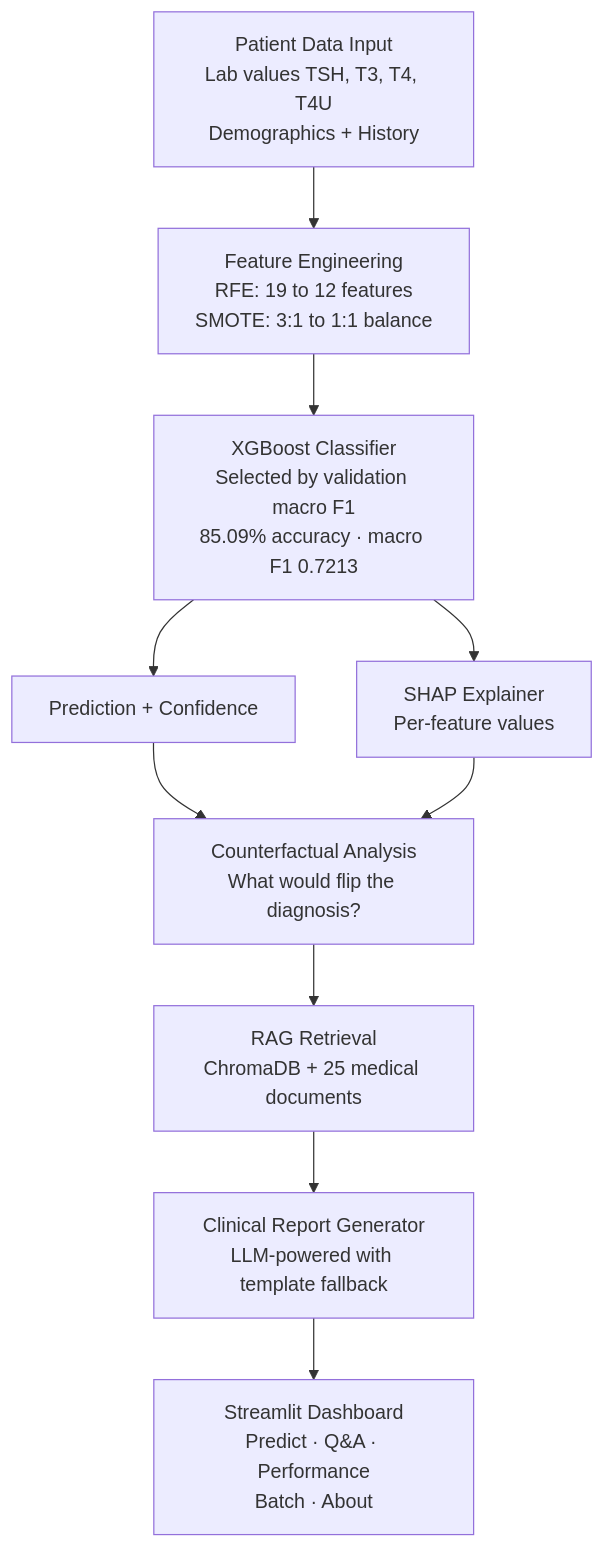
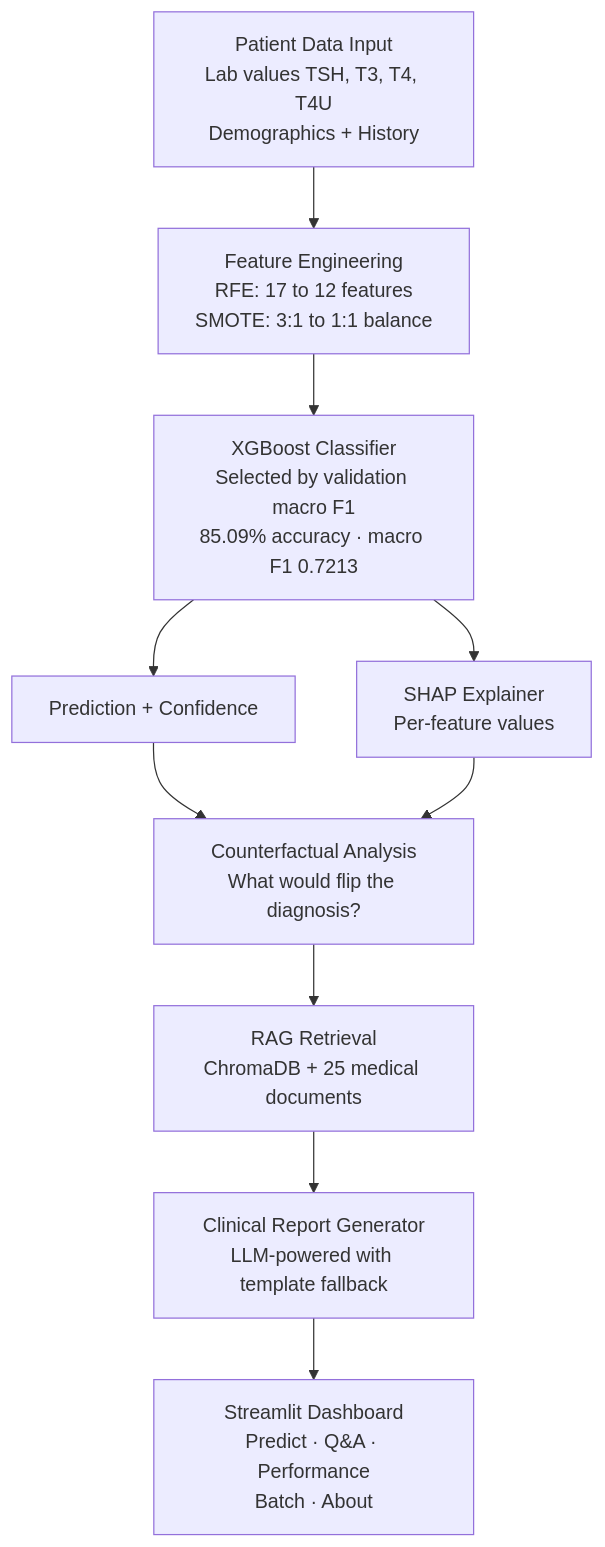
The diagram in docs/MODEL_DETAILS.md (prasad0411/thyroid-disease-classification), drawn with Mermaid before and after one commit. The commit also changed other lines of this file and 5 other files, not shown here.

Commit message:
Docs: current tests, GraphQL in the architecture, exact publication, model card matches the deployed XGBoost model; MIT licence

````diff
--- a/docs/MODEL_DETAILS.md
+++ b/docs/MODEL_DETAILS.md
@@ -16,24 +19,24 @@
 ```mermaid
 flowchart TD
     A["Patient Data Input
 Lab values TSH, T3, T4, T4U
 Demographics + History"] --> B["Feature Engineering
-RFE: 19 to 12 features
+RFE: 17 to 12 features
 SMOTE: 3:1 to 1:1 balance"]
     B --> C["XGBoost Classifier
 Selected by validation macro F1
 85.09% accuracy · macro F1 0.7213"]
     C --> D["Prediction + Confidence"]
     C --> E["SHAP Explainer
 Per-feature values"]
     D --> F["Counterfactual Analysis
 What would flip the diagnosis?"]
     E --> F
     F --> G["RAG Retrieval
 ChromaDB + 25 medical documents"]
     G --> H["Clinical Report Generator
 LLM-powered with template fallback"]
     H --> I["Streamlit Dashboard
 Predict · Q&A · Performance
 Batch · About"]
 ```
````
